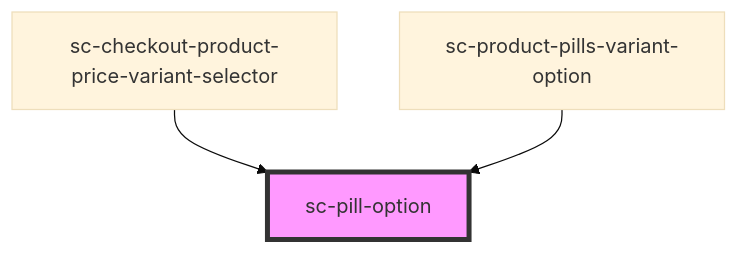
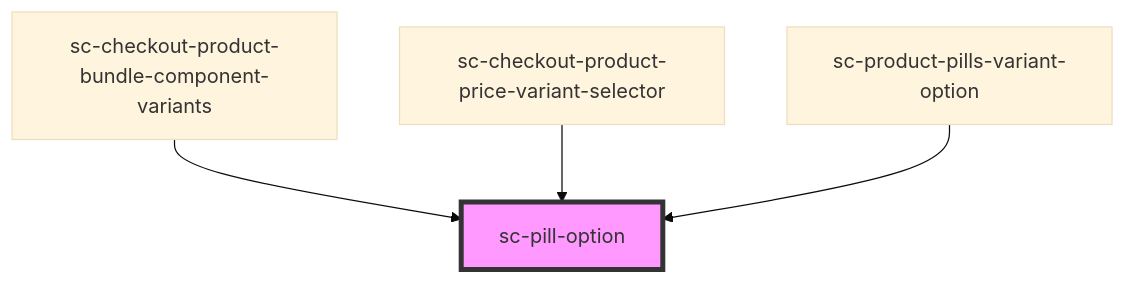
Before and after one commit to surecart/surecart-wp-plugin: the diagram in packages/components/src/components/ui/pill-option/readme.md, drawn with Mermaid (base theme). The commit also changed other lines of this file and 21 other files, not shown here.

First line of the commit message:
fix(checkout/buy-page): seed bundle_component_variants + add variant picker

````diff
--- a/packages/components/src/components/ui/pill-option/readme.md
+++ b/packages/components/src/components/ui/pill-option/readme.md
@@ -24,6 +25,7 @@
 ```mermaid
 graph TD;
+  sc-checkout-product-bundle-component-variants --> sc-pill-option
   sc-checkout-product-price-variant-selector --> sc-pill-option
   sc-product-pills-variant-option --> sc-pill-option
   style sc-pill-option fill:#f9f,stroke:#333,stroke-width:4px
 ```
````
